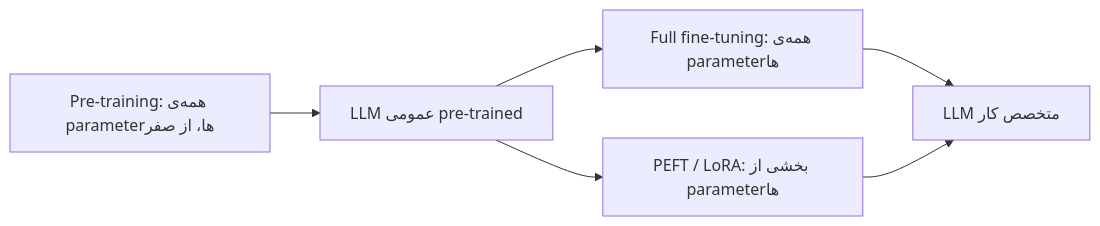
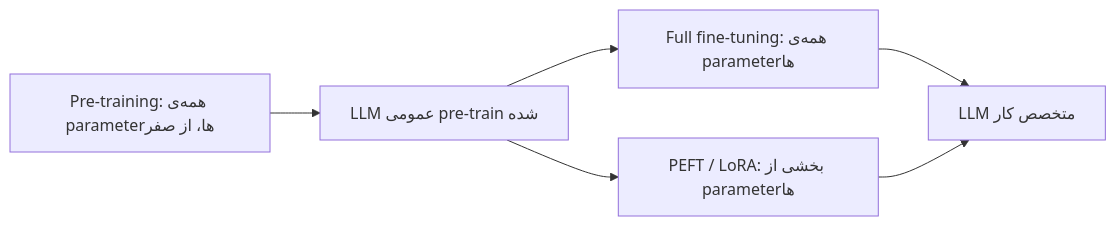
The third of 4 diagrams in mini-courses/1_fundamentals/training_fa.md (lokumai/ai-engineering-bazaar), drawn with Mermaid before and after one commit. The commit also changed other lines of this file and 63 other files, not shown here.

````diff
--- a/mini-courses/1_fundamentals/training_fa.md
+++ b/mini-courses/1_fundamentals/training_fa.md
@@ -181,8 +176,8 @@
 ```mermaid
 graph LR
-    A["Pre-training: همه‌ی parameter‌ها، از صفر"] --> B["LLM عمومی pre-trained"]
+    A["Pre-training: همه‌ی parameter‌ها، از صفر"] --> B["LLM عمومی pre-train شده"]
     B --> C["Full fine-tuning: همه‌ی parameter‌ها"]
     B --> D["PEFT / LoRA: بخشی از parameter‌ها"]
     C --> E["LLM متخصص کار"]
     D --> E
 ```
````
